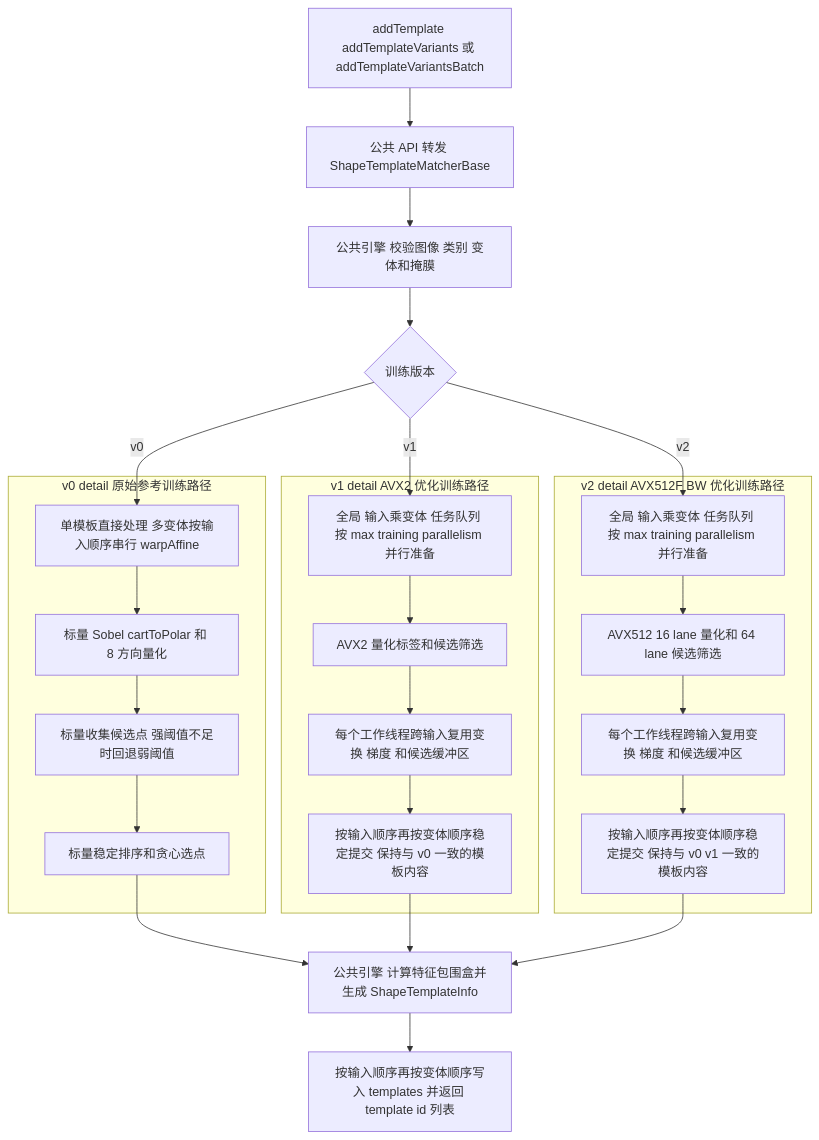
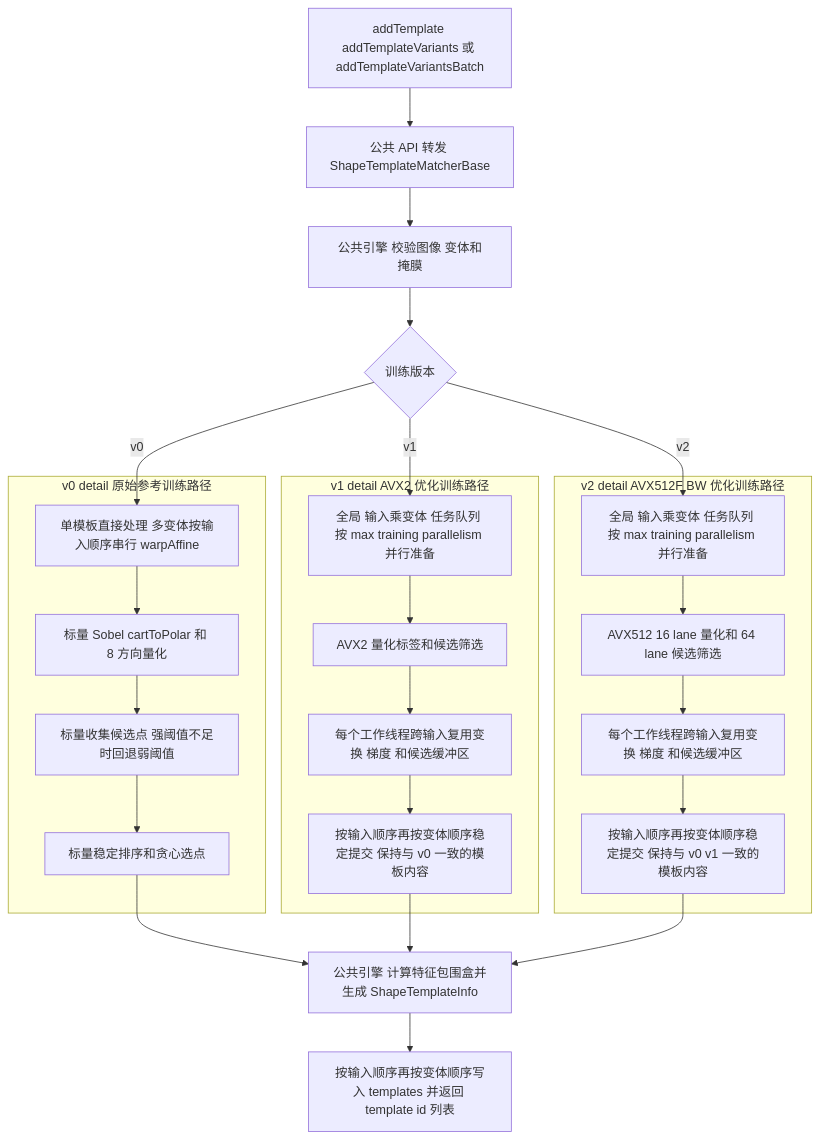
The first of 2 diagrams in src/features/ShapeTemplateMatchingFlow.md (QWERDF007/InferRT), drawn with Mermaid before and after one commit. The commit also changed other lines of this file and 12 other files, not shown here.

````diff
--- a/src/features/ShapeTemplateMatchingFlow.md
+++ b/src/features/ShapeTemplateMatchingFlow.md
@@ -95,50 +96,50 @@
 ```mermaid
 graph TB
     TrainStart["addTemplate addTemplateVariants 或 addTemplateVariantsBatch"];
     TrainApi["公共 API 转发 ShapeTemplateMatcherBase"];
-    TrainEngine["公共引擎 校验图像 类别 变体和掩膜"];
+    TrainEngine["公共引擎 校验图像 变体和掩膜"];
     TrainVersion{"训练版本"};
     TrainStart --> TrainApi;
     TrainApi --> TrainEngine;
     TrainEngine --> TrainVersion;
 
     subgraph V0Train["v0 detail 原始参考训练路径"]
         V0Transform["单模板直接处理 多变体按输入顺序串行 warpAffine"];
         V0Gradient["标量 Sobel cartToPolar 和 8 方向量化"];
         V0Candidates["标量收集候选点 强阈值不足时回退弱阈值"];
         V0Select["标量稳定排序和贪心选点"];
         V0Transform --> V0Gradient;
         V0Gradient --> V0Candidates;
         V0Candidates --> V0Select;
     end
 
     subgraph V1Train["v1 detail AVX2 优化训练路径"]
         V1Workspace["全局 输入乘变体 任务队列 按 max training parallelism 并行准备"];
         V1Candidates["AVX2 量化标签和候选筛选"];
         V1Buffers["每个工作线程跨输入复用变换 梯度 和候选缓冲区"];
         V1Select["按输入顺序再按变体顺序稳定提交 保持与 v0 一致的模板内容"];
         V1Workspace --> V1Candidates;
         V1Candidates --> V1Buffers;
         V1Buffers --> V1Select;
     end
 
     subgraph V2Train["v2 detail AVX512F BW 优化训练路径"]
         V2Workspace["全局 输入乘变体 任务队列 按 max training parallelism 并行准备"];
         V2Candidates["AVX512 16 lane 量化和 64 lane 候选筛选"];
         V2Buffers["每个工作线程跨输入复用变换 梯度 和候选缓冲区"];
         V2Select["按输入顺序再按变体顺序稳定提交 保持与 v0 v1 一致的模板内容"];
         V2Workspace --> V2Candidates;
         V2Candidates --> V2Buffers;
         V2Buffers --> V2Select;
     end
 
     TrainVersion -->|v0| V0Transform;
     TrainVersion -->|v1| V1Workspace;
     TrainVersion -->|v2| V2Workspace;
     TrainInfo["公共引擎 计算特征包围盒并生成 ShapeTemplateInfo"];
     TrainStore["按输入顺序再按变体顺序写入 templates 并返回 template id 列表"];
     V0Select --> TrainInfo;
     V1Select --> TrainInfo;
     V2Select --> TrainInfo;
     TrainInfo --> TrainStore;
 ```
````
